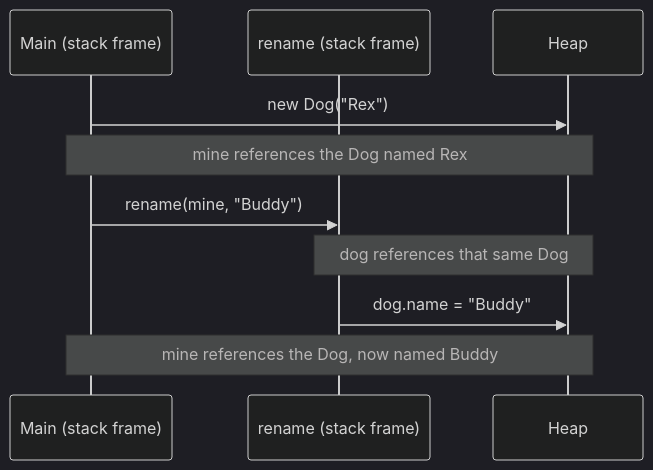
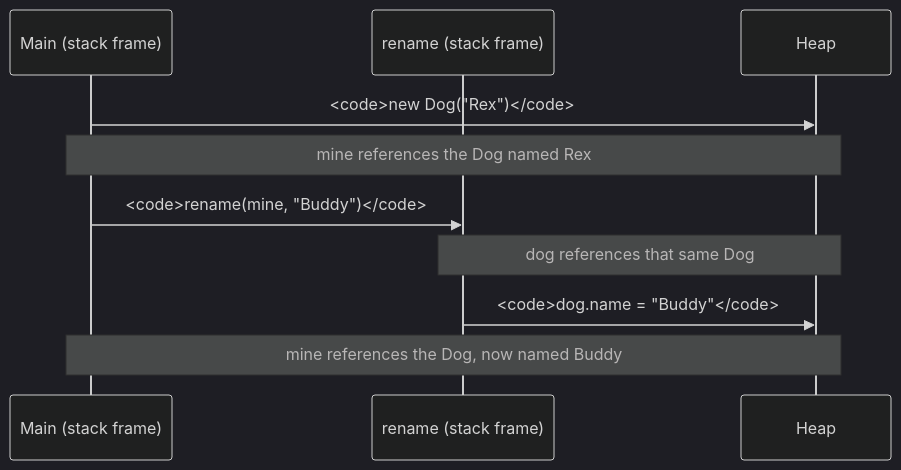
The fifth of 7 diagrams in content/courses/oop-blueprint-java/objects-in-memory.mdx (dataslope/dataslope), drawn with Mermaid (dark theme) before and after one commit. The commit also changed other lines of this file and 65 other files, not shown here.

First line of the commit message:
Set code in every mermaid label in the mono face

````diff
--- a/content/courses/oop-blueprint-java/objects-in-memory.mdx
+++ b/content/courses/oop-blueprint-java/objects-in-memory.mdx
@@ -253,13 +253,13 @@
 ```mermaid
 sequenceDiagram
     participant Caller as Main (stack frame)
     participant Callee as rename (stack frame)
     participant Heap
 
-    Caller->>Heap: new Dog("Rex")
+    Caller->>Heap: <code>new Dog("Rex")</code>
     Note over Caller,Heap: mine references the Dog named Rex
-    Caller->>Callee: rename(mine, "Buddy")
+    Caller->>Callee: <code>rename(mine, "Buddy")</code>
     Note over Callee,Heap: dog references that same Dog
-    Callee->>Heap: dog.name = "Buddy"
+    Callee->>Heap: <code>dog.name = "Buddy"</code>
     Note over Caller,Heap: mine references the Dog, now named Buddy
 ```
````
